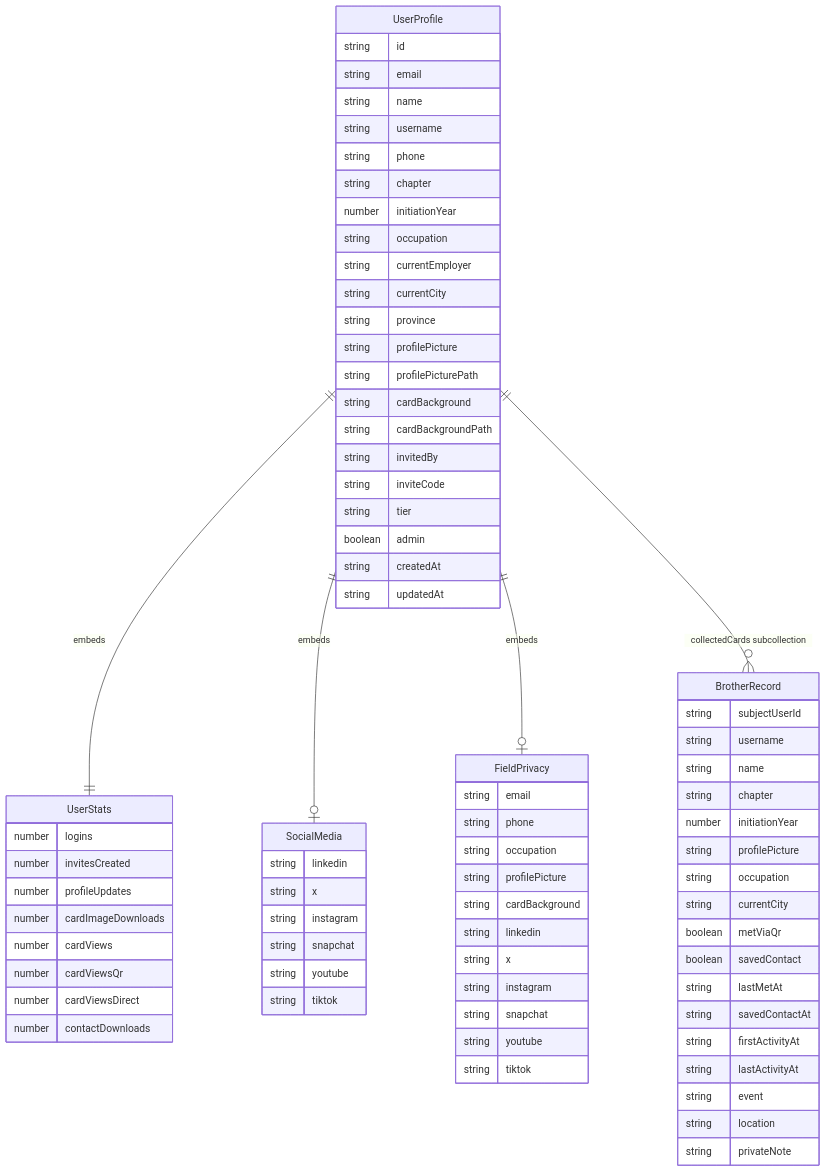
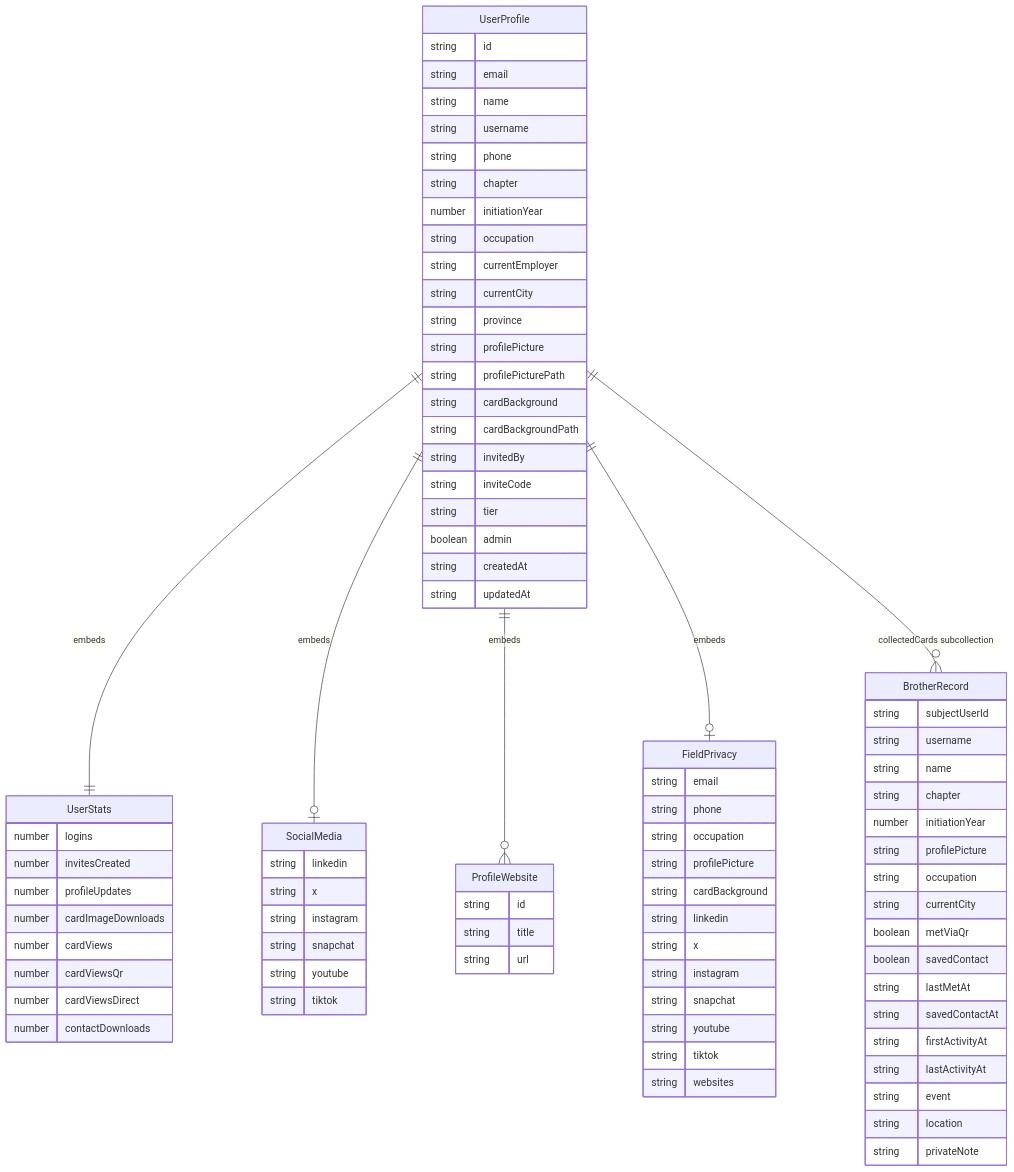
The third of 12 diagrams in ARCHITECTURE_DIAGRAMS.md (jnashdesign/kappaCard_React), drawn with Mermaid before and after one commit. The commit also changed other lines of this file and 41 other files, not shown here.

```diff
--- a/ARCHITECTURE_DIAGRAMS.md
+++ b/ARCHITECTURE_DIAGRAMS.md
@@ -154,6 +165,7 @@
 erDiagram
   UserProfile ||--|| UserStats : embeds
   UserProfile ||--o| SocialMedia : embeds
+  UserProfile ||--o{ ProfileWebsite : embeds
   UserProfile ||--o| FieldPrivacy : embeds
   UserProfile ||--o{ BrotherRecord : "collectedCards subcollection"
 
@@ -201,6 +213,12 @@
     string tiktok
   }
 
+  ProfileWebsite {
+    string id
+    string title
+    string url
+  }
+
   FieldPrivacy {
     string email
     string phone
@@ -213,6 +231,7 @@
     string snapchat
     string youtube
     string tiktok
+    string websites
   }
 
   BrotherRecord {
```
